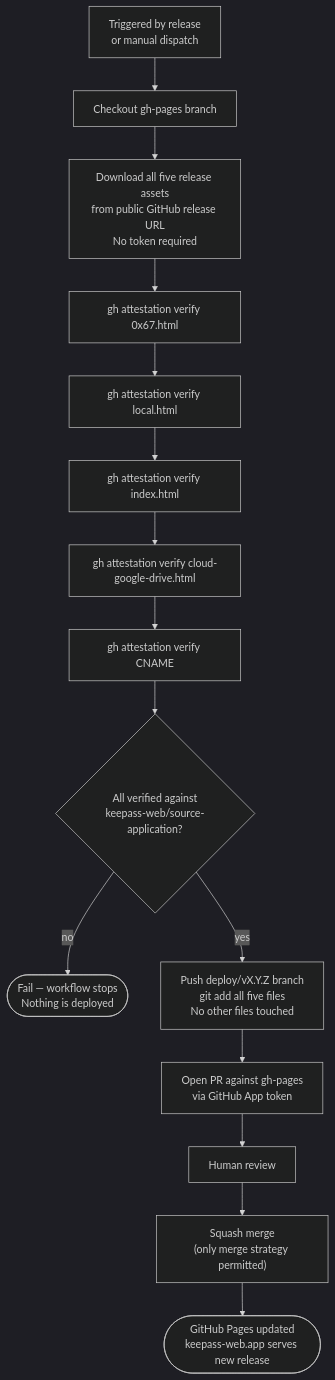
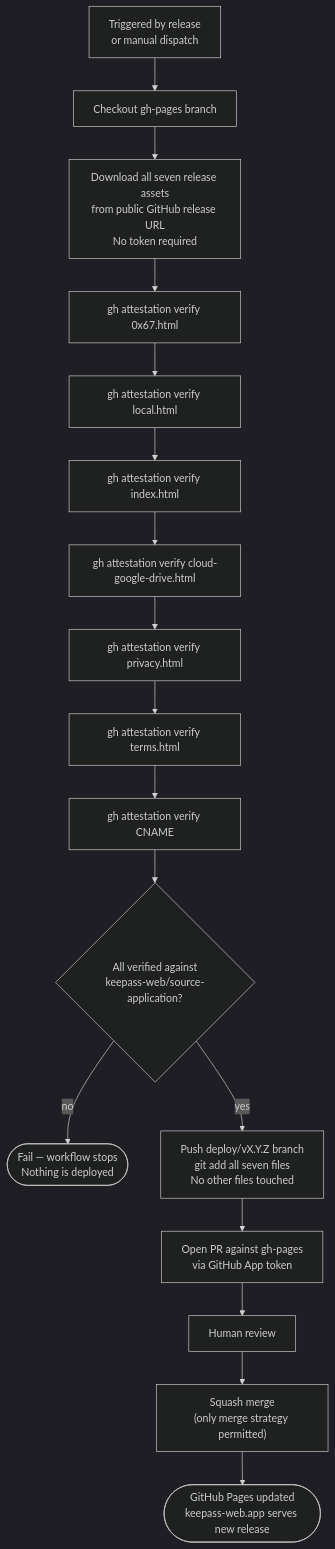
Before and after one commit to keepass-web/source-application: the fourth of 4 diagrams in docs/PIPELINE.md, drawn with Mermaid (dark theme). The commit also changed other lines of this file and 2 other files, not shown here.

Commit message:
docs(pipeline):#113:list the privacy and terms pages among the distributables

````diff
--- a/docs/PIPELINE.md
+++ b/docs/PIPELINE.md
@@ -116,18 +116,20 @@
 ```mermaid
 flowchart TD
     TRIG["Triggered by release\nor manual dispatch"]
     TRIG --> CKO2["Checkout gh-pages branch"]
-    CKO2 --> DL["Download all five release assets\nfrom public GitHub release URL\nNo token required"]
+    CKO2 --> DL["Download all seven release assets\nfrom public GitHub release URL\nNo token required"]
     DL --> V1["gh attestation verify 0x67.html"]
     V1 --> V2["gh attestation verify local.html"]
     V2 --> V3["gh attestation verify index.html"]
     V3 --> V3b["gh attestation verify cloud-google-drive.html"]
-    V3b --> V4["gh attestation verify CNAME"]
+    V3b --> V3c["gh attestation verify privacy.html"]
+    V3c --> V3d["gh attestation verify terms.html"]
+    V3d --> V4["gh attestation verify CNAME"]
     V4 --> OK{"All verified against\nkeepass-web/source-application?"}
     OK -->|no| FAIL(["Fail — workflow stops\nNothing is deployed"])
-    OK -->|yes| PUSH["Push deploy/vX.Y.Z branch\ngit add all five files\nNo other files touched"]
+    OK -->|yes| PUSH["Push deploy/vX.Y.Z branch\ngit add all seven files\nNo other files touched"]
     PUSH --> PR["Open PR against gh-pages\nvia GitHub App token"]
     PR --> HUMAN["Human review"]
     HUMAN --> MERGE["Squash merge\n(only merge strategy permitted)"]
     MERGE --> PAGES(["GitHub Pages updated\nkeepass-web.app serves new release"])
 ```
````
